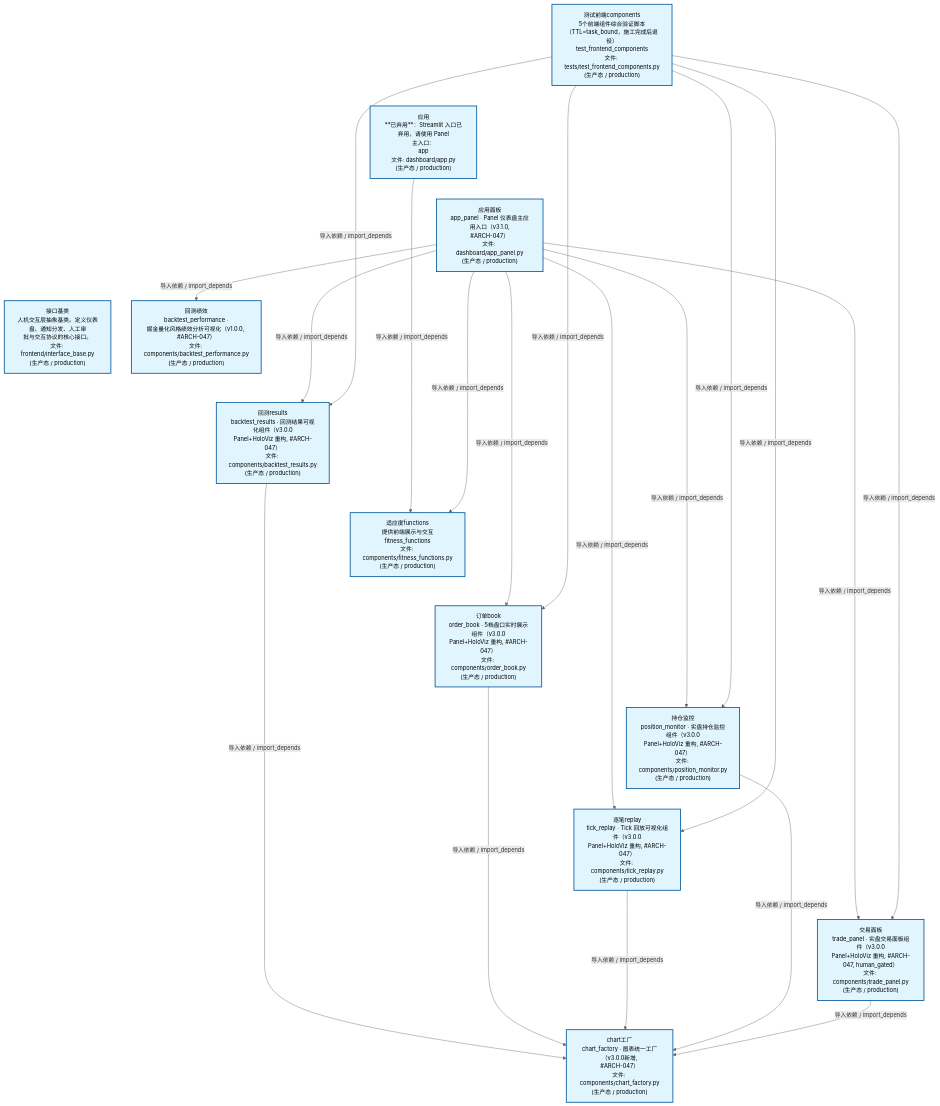
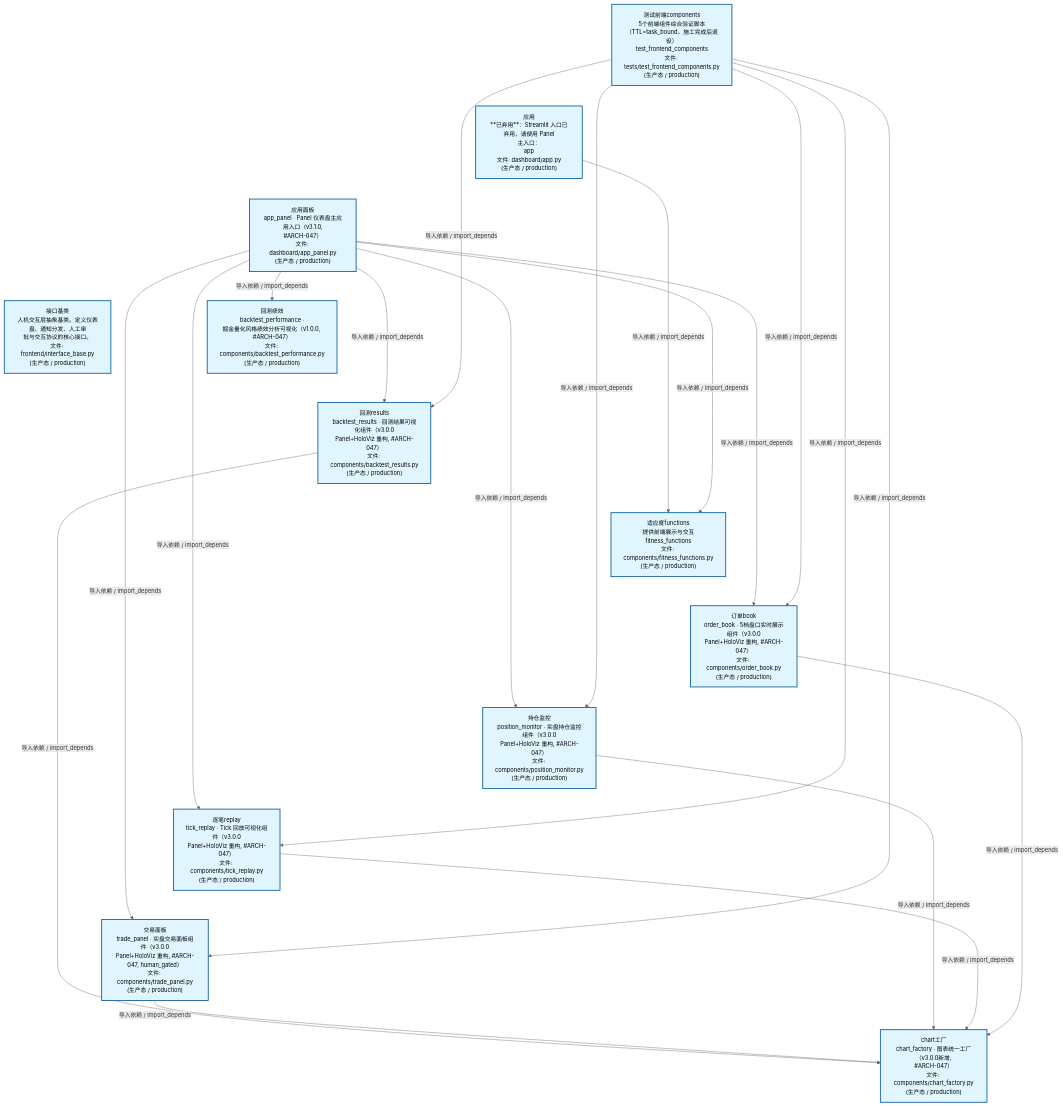
The second of 4 diagrams in docs/02_enterprise_architecture/02_domain_architecture_docs/47_d_frontend.md (xuanFelixVan/ZephyrAlpha), drawn with Mermaid before and after one commit. The commit also changed other lines of this file and 41 other files, not shown here.

````diff
--- a/docs/02_enterprise_architecture/02_domain_architecture_docs/47_d_frontend.md
+++ b/docs/02_enterprise_architecture/02_domain_architecture_docs/47_d_frontend.md
@@ -124,48 +124,48 @@
 ```mermaid
 %%{init: {'theme': 'base', 'themeVariables': {'primaryColor': '#eaeaea', 'primaryTextColor': '#333333', 'primaryBorderColor': '#666666', 'lineColor': '#666666', 'secondaryColor': '#eaeaea', 'tertiaryColor': '#eaeaea', 'fontSize': '14px'}}}%%
 flowchart TD
     scripts_tests_test_frontend_components_py["测试前端components<br/>5个前端组件综合验证脚本<br/>（TTL=task_bound，施工完成后退役）<br/>test_frontend_components<br/>文件: tests/test_frontend_components.py<br/>(生产态 / production)"]
     src_zephyr_frontend_dashboard_app_py["应用<br/>**已弃用**：Streamlit 入口已弃用，请使用 Panel<br/>主入口：<br/>app<br/>文件: dashboard/app.py<br/>(生产态 / production)"]
     src_zephyr_frontend_dashboard_app_panel_py["应用面板<br/>app_panel · Panel 仪表盘主应用入口（v3.1.0,<br/>#ARCH-047）<br/>文件: dashboard/app_panel.py<br/>(生产态 / production)"]
     src_zephyr_frontend_interface_base_py["接口基类<br/>人机交互层抽象基类。定义仪表盘、通知分发、人工审<br/>批与交互协议的核心接口。<br/>文件: frontend/interface_base.py<br/>(生产态 / production)"]
     scripts_tests_test_frontend_components_py ~~~ src_zephyr_frontend_dashboard_app_py
     src_zephyr_frontend_dashboard_app_py ~~~ src_zephyr_frontend_dashboard_app_panel_py
     src_zephyr_frontend_dashboard_app_panel_py ~~~ src_zephyr_frontend_interface_base_py
     src_zephyr_frontend_dashboard_components_backtest_performance_py["回测绩效<br/>backtest_performance ·<br/>掘金量化风格绩效分析可视化（v1.0.0, #ARCH-047）<br/>文件: components/backtest_performance.py<br/>(生产态 / production)"]
     src_zephyr_frontend_dashboard_components_backtest_results_py["回测results<br/>backtest_results · 回测结果可视化组件（v3.0.0<br/>Panel+HoloViz 重构, #ARCH-047）<br/>文件: components/backtest_results.py<br/>(生产态 / production)"]
     src_zephyr_frontend_dashboard_components_fitness_functions_py["适应度functions<br/>提供前端展示与交互<br/>fitness_functions<br/>文件: components/fitness_functions.py<br/>(生产态 / production)"]
     src_zephyr_frontend_dashboard_components_order_book_py["订单book<br/>order_book · 5档盘口实时展示组件（v3.0.0<br/>Panel+HoloViz 重构, #ARCH-047）<br/>文件: components/order_book.py<br/>(生产态 / production)"]
     src_zephyr_frontend_dashboard_components_position_monitor_py["持仓监控<br/>position_monitor · 实盘持仓监控组件（v3.0.0<br/>Panel+HoloViz 重构, #ARCH-047）<br/>文件: components/position_monitor.py<br/>(生产态 / production)"]
     src_zephyr_frontend_dashboard_components_tick_replay_py["逐笔replay<br/>tick_replay · Tick 回放可视化组件（v3.0.0<br/>Panel+HoloViz 重构, #ARCH-047）<br/>文件: components/tick_replay.py<br/>(生产态 / production)"]
     src_zephyr_frontend_dashboard_components_trade_panel_py["交易面板<br/>trade_panel · 实盘交易面板组件（v3.0.0<br/>Panel+HoloViz 重构, #ARCH-047, human_gated）<br/>文件: components/trade_panel.py<br/>(生产态 / production)"]
     src_zephyr_frontend_dashboard_components_backtest_performance_py ~~~ src_zephyr_frontend_dashboard_components_backtest_results_py
     src_zephyr_frontend_dashboard_components_backtest_results_py ~~~ src_zephyr_frontend_dashboard_components_fitness_functions_py
     src_zephyr_frontend_dashboard_components_fitness_functions_py ~~~ src_zephyr_frontend_dashboard_components_order_book_py
     src_zephyr_frontend_dashboard_components_order_book_py ~~~ src_zephyr_frontend_dashboard_components_position_monitor_py
     src_zephyr_frontend_dashboard_components_position_monitor_py ~~~ src_zephyr_frontend_dashboard_components_tick_replay_py
     src_zephyr_frontend_dashboard_components_tick_replay_py ~~~ src_zephyr_frontend_dashboard_components_trade_panel_py
     src_zephyr_frontend_dashboard_components_chart_factory_py["chart工厂<br/>chart_factory · 图表统一工厂（v3.0.0新增,<br/>#ARCH-047）<br/>文件: components/chart_factory.py<br/>(生产态 / production)"]
     src_zephyr_frontend_dashboard_app_py -->|导入依赖 / import_depends| src_zephyr_frontend_dashboard_components_fitness_functions_py
-    src_zephyr_frontend_dashboard_components_backtest_results_py -->|导入依赖 / import_depends| src_zephyr_frontend_dashboard_components_chart_factory_py
+    src_zephyr_frontend_dashboard_app_panel_py -->|导入依赖 / import_depends| src_zephyr_frontend_dashboard_components_backtest_results_py
     src_zephyr_frontend_dashboard_app_panel_py -->|导入依赖 / import_depends| src_zephyr_frontend_dashboard_components_backtest_performance_py
     src_zephyr_frontend_dashboard_app_panel_py -->|导入依赖 / import_depends| src_zephyr_frontend_dashboard_components_fitness_functions_py
-    src_zephyr_frontend_dashboard_app_panel_py -->|导入依赖 / import_depends| src_zephyr_frontend_dashboard_components_backtest_results_py
+    src_zephyr_frontend_dashboard_app_panel_py -->|导入依赖 / import_depends| src_zephyr_frontend_dashboard_components_trade_panel_py
+    src_zephyr_frontend_dashboard_app_panel_py -->|导入依赖 / import_depends| src_zephyr_frontend_dashboard_components_position_monitor_py
+    src_zephyr_frontend_dashboard_app_panel_py -->|导入依赖 / import_depends| src_zephyr_frontend_dashboard_components_tick_replay_py
     src_zephyr_frontend_dashboard_app_panel_py -->|导入依赖 / import_depends| src_zephyr_frontend_dashboard_components_order_book_py
-    src_zephyr_frontend_dashboard_app_panel_py -->|导入依赖 / import_depends| src_zephyr_frontend_dashboard_components_tick_replay_py
-    src_zephyr_frontend_dashboard_app_panel_py -->|导入依赖 / import_depends| src_zephyr_frontend_dashboard_components_position_monitor_py
-    src_zephyr_frontend_dashboard_app_panel_py -->|导入依赖 / import_depends| src_zephyr_frontend_dashboard_components_trade_panel_py
+    src_zephyr_frontend_dashboard_components_backtest_results_py -->|导入依赖 / import_depends| src_zephyr_frontend_dashboard_components_chart_factory_py
+    src_zephyr_frontend_dashboard_components_trade_panel_py -->|导入依赖 / import_depends| src_zephyr_frontend_dashboard_components_chart_factory_py
+    src_zephyr_frontend_dashboard_components_position_monitor_py -->|导入依赖 / import_depends| src_zephyr_frontend_dashboard_components_chart_factory_py
+    src_zephyr_frontend_dashboard_components_tick_replay_py -->|导入依赖 / import_depends| src_zephyr_frontend_dashboard_components_chart_factory_py
     src_zephyr_frontend_dashboard_components_order_book_py -->|导入依赖 / import_depends| src_zephyr_frontend_dashboard_components_chart_factory_py
-    src_zephyr_frontend_dashboard_components_tick_replay_py -->|导入依赖 / import_depends| src_zephyr_frontend_dashboard_components_chart_factory_py
-    src_zephyr_frontend_dashboard_components_position_monitor_py -->|导入依赖 / import_depends| src_zephyr_frontend_dashboard_components_chart_factory_py
-    src_zephyr_frontend_dashboard_components_trade_panel_py -->|导入依赖 / import_depends| src_zephyr_frontend_dashboard_components_chart_factory_py
     scripts_tests_test_frontend_components_py -->|导入依赖 / import_depends| src_zephyr_frontend_dashboard_components_backtest_results_py
+    scripts_tests_test_frontend_components_py -->|导入依赖 / import_depends| src_zephyr_frontend_dashboard_components_trade_panel_py
+    scripts_tests_test_frontend_components_py -->|导入依赖 / import_depends| src_zephyr_frontend_dashboard_components_position_monitor_py
+    scripts_tests_test_frontend_components_py -->|导入依赖 / import_depends| src_zephyr_frontend_dashboard_components_tick_replay_py
     scripts_tests_test_frontend_components_py -->|导入依赖 / import_depends| src_zephyr_frontend_dashboard_components_order_book_py
-    scripts_tests_test_frontend_components_py -->|导入依赖 / import_depends| src_zephyr_frontend_dashboard_components_tick_replay_py
-    scripts_tests_test_frontend_components_py -->|导入依赖 / import_depends| src_zephyr_frontend_dashboard_components_position_monitor_py
-    scripts_tests_test_frontend_components_py -->|导入依赖 / import_depends| src_zephyr_frontend_dashboard_components_trade_panel_py
     classDef production fill:#e1f5fe,stroke:#01579b,stroke-width:2px,color:#000
     classDef design fill:#fff3e0,stroke:#e65100,stroke-width:2px,color:#000,stroke-dasharray: 5 5
     classDef external_prod fill:#e8f4fd,stroke:#0277bd,stroke-width:1px,color:#000
     classDef external_design fill:#fff8e7,stroke:#ef6c00,stroke-width:1px,color:#000,stroke-dasharray: 5 5
     class scripts_tests_test_frontend_components_py,src_zephyr_frontend_dashboard_app_py,src_zephyr_frontend_dashboard_app_panel_py,src_zephyr_frontend_dashboard_components_backtest_performance_py,src_zephyr_frontend_dashboard_components_backtest_results_py,src_zephyr_frontend_dashboard_components_chart_factory_py,src_zephyr_frontend_dashboard_components_fitness_functions_py,src_zephyr_frontend_dashboard_components_order_book_py,src_zephyr_frontend_dashboard_components_position_monitor_py,src_zephyr_frontend_dashboard_components_tick_replay_py,src_zephyr_frontend_dashboard_components_trade_panel_py,src_zephyr_frontend_interface_base_py production
 ```
````
